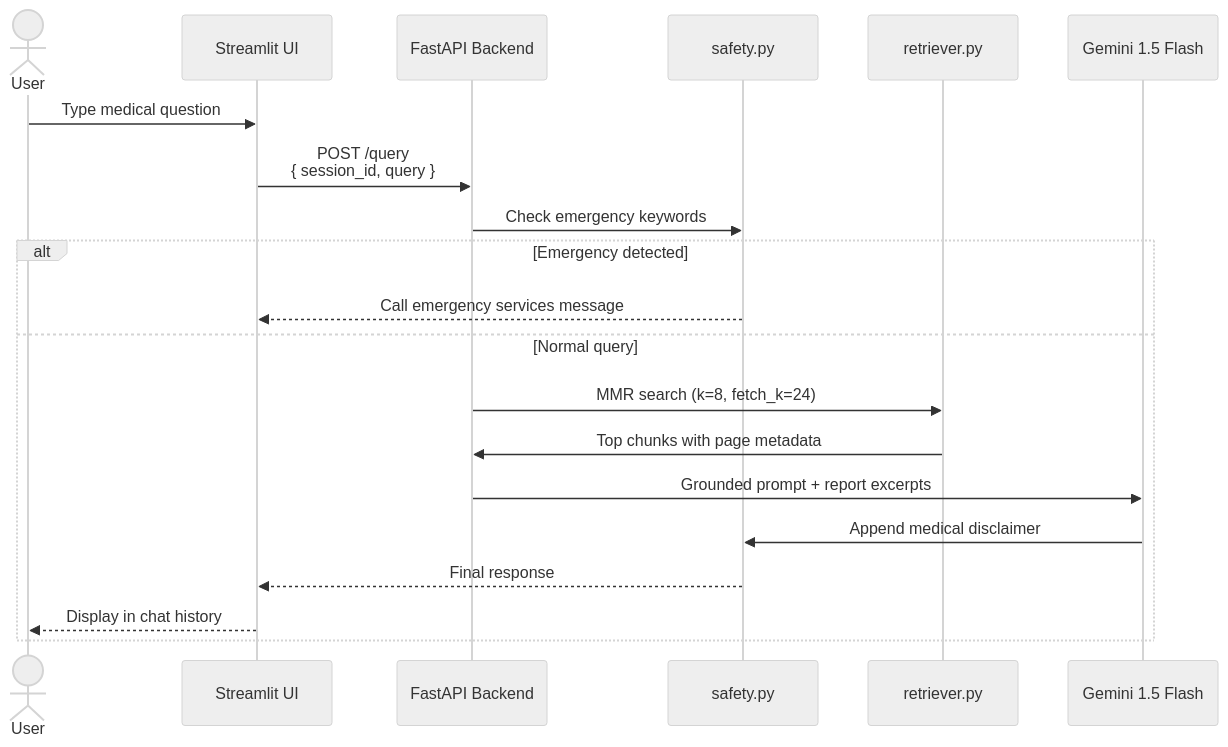
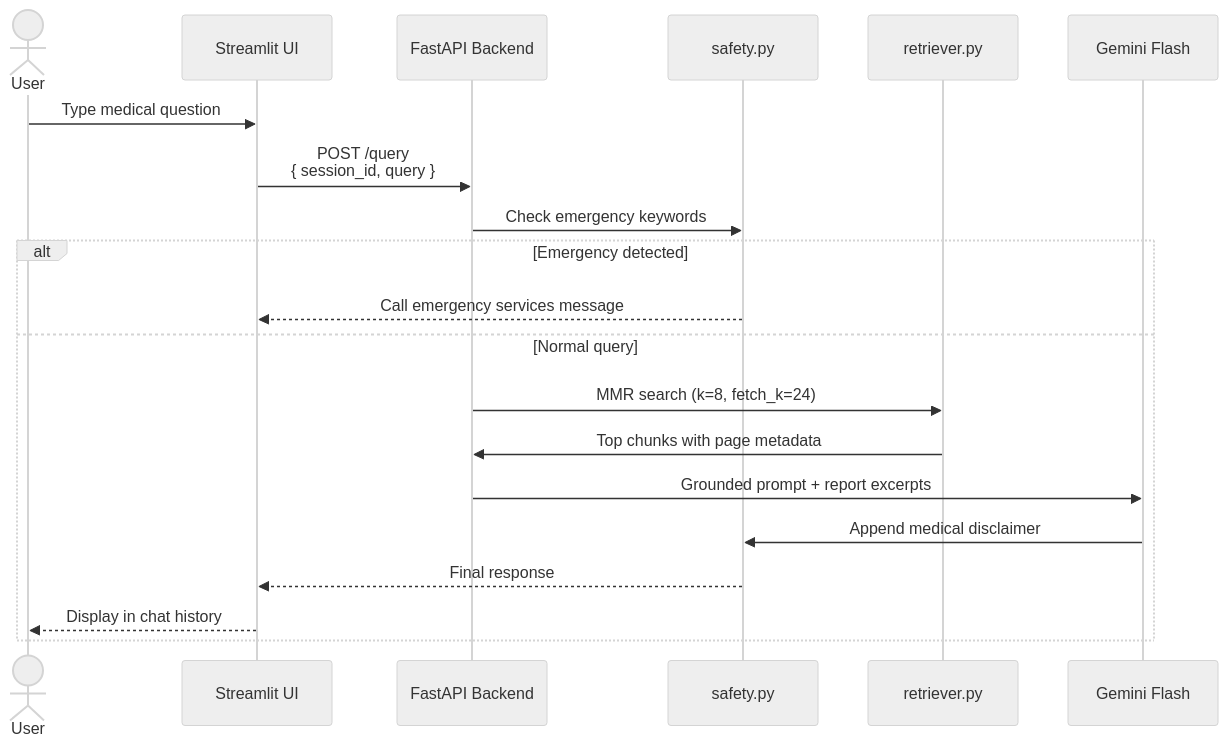
The third of 3 diagrams in README.md (Ujjwal0207/MediSage), drawn with Mermaid (neutral theme) before and after one commit. The commit also changed other lines of this file, not shown here.

````diff
--- a/README.md
+++ b/README.md
@@ -139,24 +139,24 @@
 ```mermaid
 sequenceDiagram
     actor User
     participant ST as Streamlit UI
     participant API as FastAPI Backend
     participant Safe as safety.py
     participant Ret as retriever.py
-    participant LLM as Gemini 1.5 Flash
+    participant LLM as Gemini Flash
 
     User->>ST: Type medical question
     ST->>API: POST /query<br/>{ session_id, query }
 
     API->>Safe: Check emergency keywords
     alt Emergency detected
         Safe-->>ST: Call emergency services message
     else Normal query
         API->>Ret: MMR search (k=8, fetch_k=24)
         Ret->>API: Top chunks with page metadata
         API->>LLM: Grounded prompt + report excerpts
         LLM->>Safe: Append medical disclaimer
         Safe-->>ST: Final response
         ST-->>User: Display in chat history
     end
 ```
````
